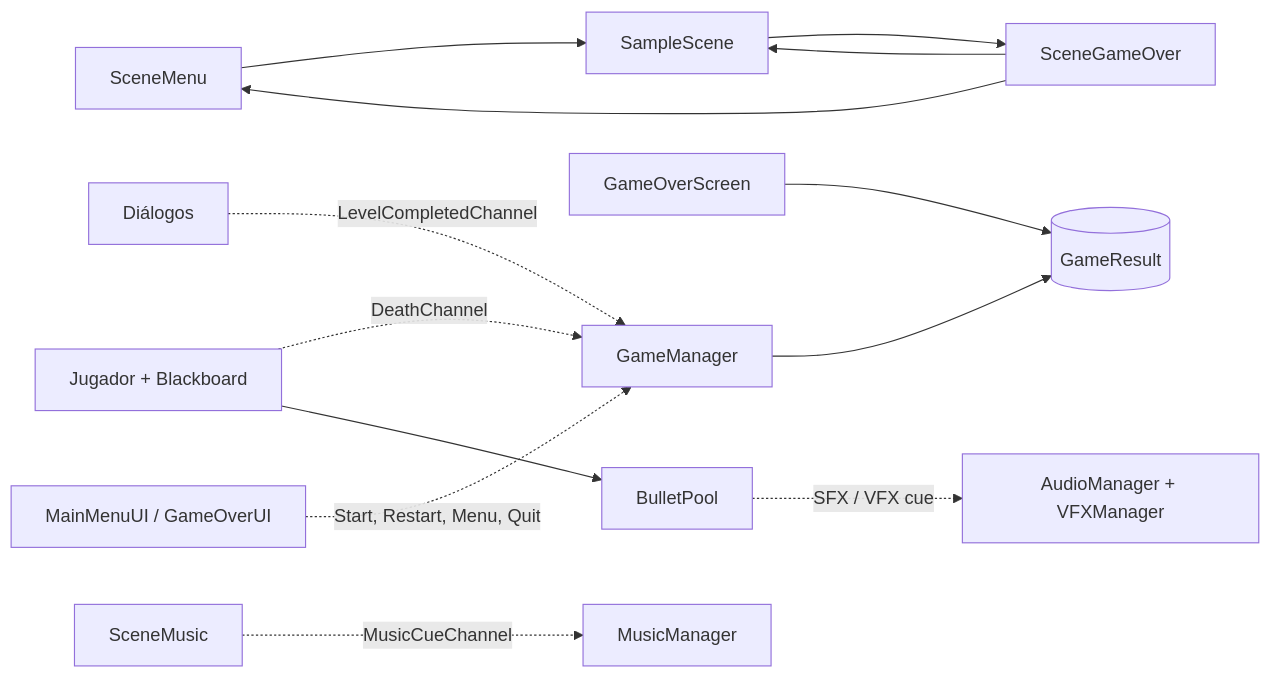
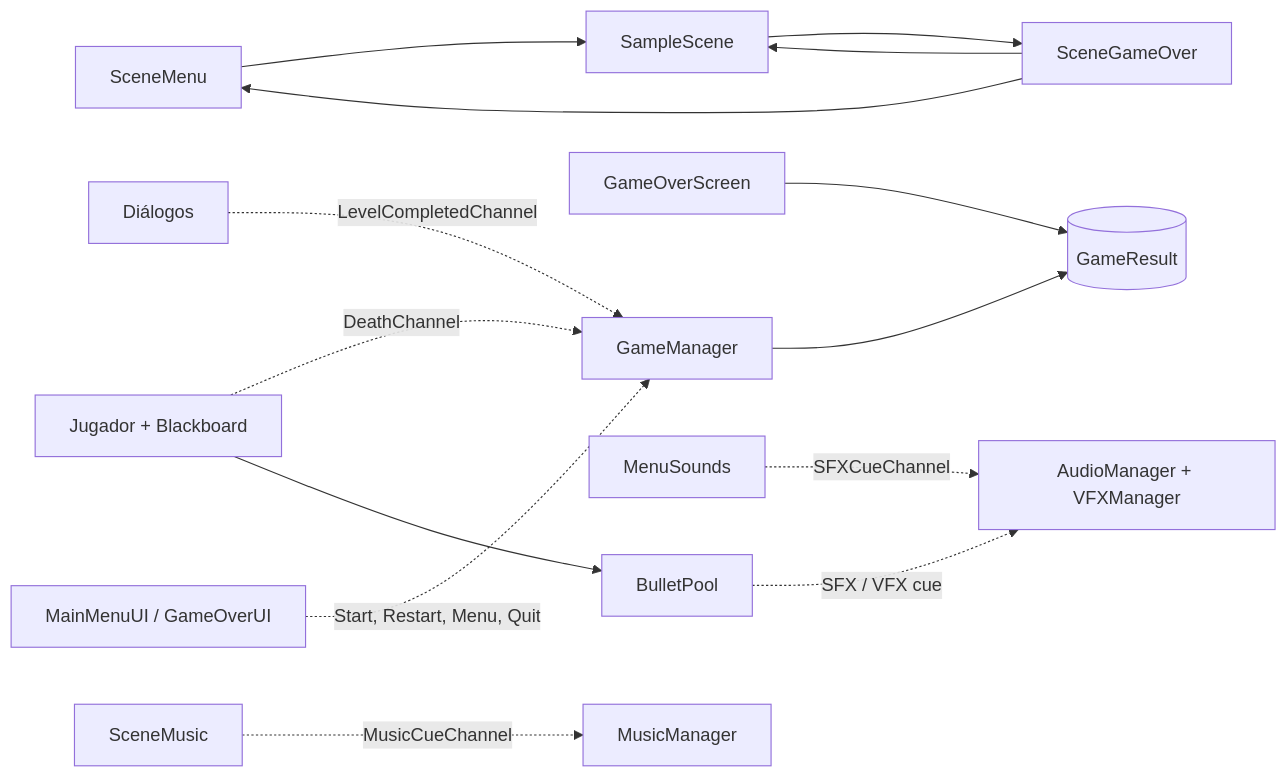
The diagram in docs/arquitectura.md (JulianCortes729/The-Slime-s-Warden), drawn with Mermaid before and after one commit. The commit also changed other lines of this file and 24 other files, not shown here.

````diff
--- a/docs/arquitectura.md
+++ b/docs/arquitectura.md
@@ -11,15 +11,16 @@
 ```mermaid
 flowchart LR
   Menu["SceneMenu"] --> Nivel["SampleScene"]
   Nivel --> Fin["SceneGameOver"]
   Fin --> Nivel
   Fin --> Menu
   Jugador["Jugador + Blackboard"] -. "DeathChannel" .-> GM["GameManager"]
   Dialogo["Diálogos"] -. "LevelCompletedChannel" .-> GM
   UI["MainMenuUI / GameOverUI"] -. "Start, Restart, Menu, Quit" .-> GM
   GM --> Result[(GameResult)]
   Pantalla["GameOverScreen"] --> Result
   Jugador --> Balas["BulletPool"]
   Balas -. "SFX / VFX cue" .-> Audio["AudioManager + VFXManager"]
+  Sonidos["MenuSounds"] -. "SFXCueChannel" .-> Audio
   Musica["SceneMusic"] -. "MusicCueChannel" .-> MM["MusicManager"]
 ```
````
